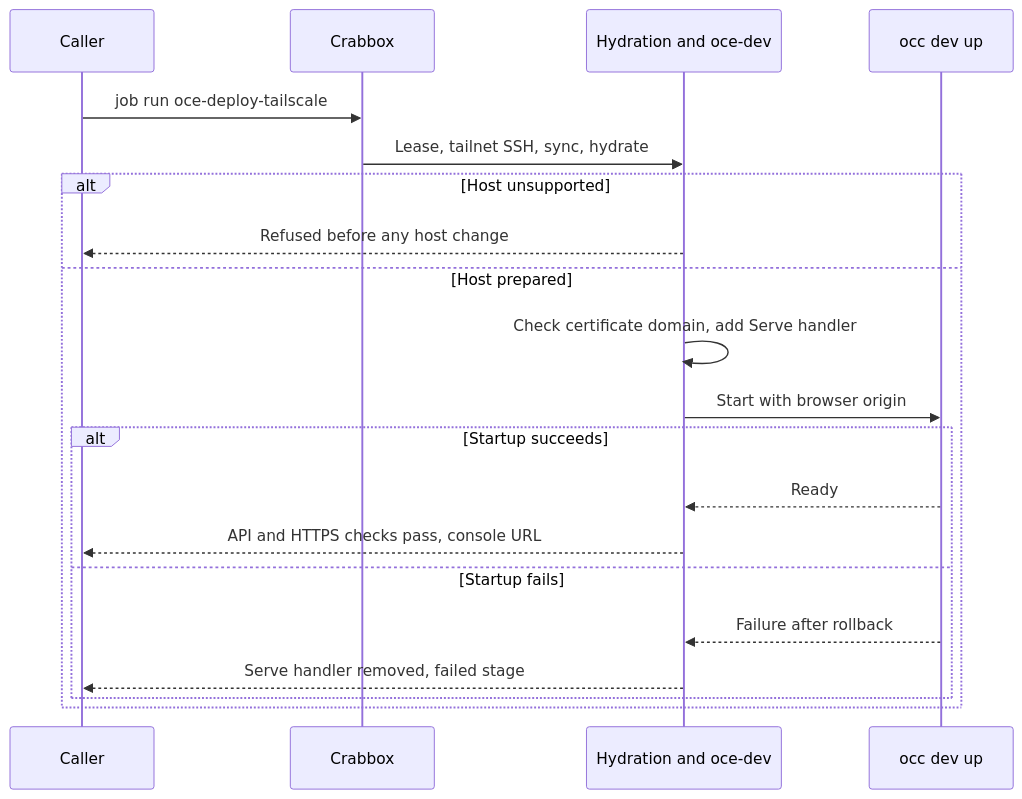
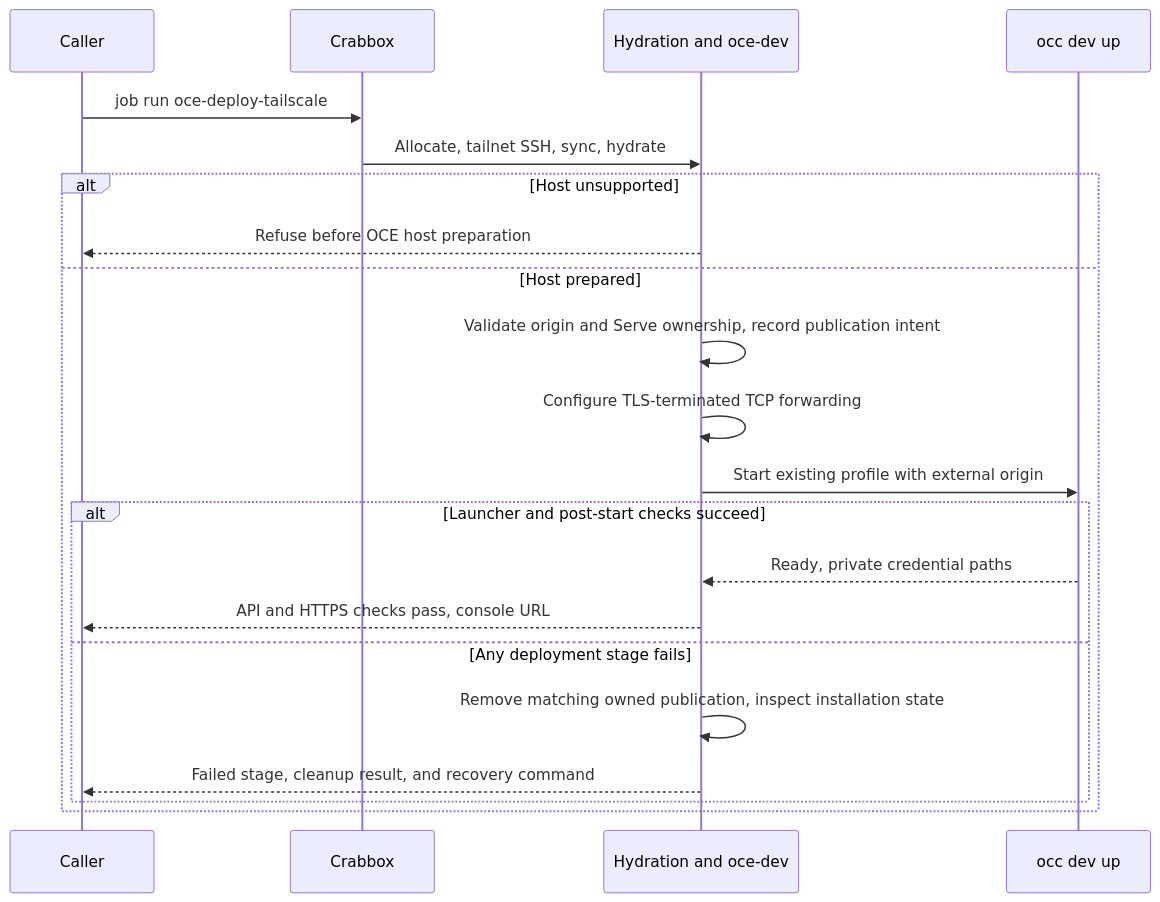
Before and after one commit to opencharly/openclaw-enterprise: the diagram in specs/rfcs/0019-crabbox-oce-deployment.md, drawn with Mermaid. The commit also changed other lines of this file and 2 other files, not shown here.

Commit message:
docs(specs): resolve Crabbox deployment review findings

````diff
--- a/specs/rfcs/0019-crabbox-oce-deployment.md
+++ b/specs/rfcs/0019-crabbox-oce-deployment.md
@@ -137,22 +153,23 @@
 ```mermaid
 sequenceDiagram
   participant Caller
   participant Crabbox
   participant Script as Hydration and oce-dev
   participant Launcher as occ dev up
   Caller->>Crabbox: job run oce-deploy-tailscale
-  Crabbox->>Script: Lease, tailnet SSH, sync, hydrate
+  Crabbox->>Script: Allocate, tailnet SSH, sync, hydrate
   alt Host unsupported
-    Script-->>Caller: Refused before any host change
+    Script-->>Caller: Refuse before OCE host preparation
   else Host prepared
-    Script->>Script: Check certificate domain, add Serve handler
-    Script->>Launcher: Start with browser origin
-    alt Startup succeeds
-      Launcher-->>Script: Ready
+    Script->>Script: Validate origin and Serve ownership, record publication intent
+    Script->>Script: Configure TLS-terminated TCP forwarding
+    Script->>Launcher: Start existing profile with external origin
+    alt Launcher and post-start checks succeed
+      Launcher-->>Script: Ready, private credential paths
       Script-->>Caller: API and HTTPS checks pass, console URL
-    else Startup fails
-      Launcher-->>Script: Failure after rollback
-      Script-->>Caller: Serve handler removed, failed stage
+    else Any deployment stage fails
+      Script->>Script: Remove matching owned publication, inspect installation state
+      Script-->>Caller: Failed stage, cleanup result, and recovery command
     end
   end
 ```
````
